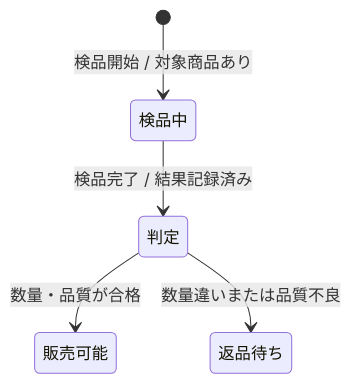
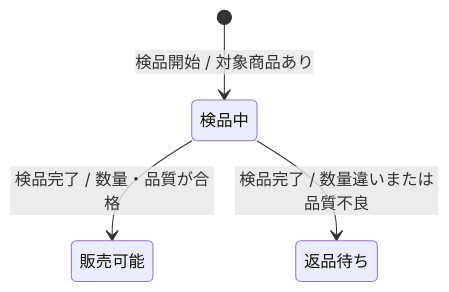
One commit to specdojo/specdojo changed the second of 3 diagrams in docs/ja/specdojo/rulebooks/stsd-mermaid-rulebook.md. Above: the diagram before and after it, drawn with Mermaid. The commit also changed other lines of this file and 12 other files, not shown here.

````diff
--- a/docs/ja/specdojo/rulebooks/stsd-mermaid-rulebook.md
+++ b/docs/ja/specdojo/rulebooks/stsd-mermaid-rulebook.md
@@ -111,8 +108,6 @@
 ```mermaid
 stateDiagram-v2
   [*] --> 検品中 : 検品開始 / 対象商品あり
-  検品中 --> 判定 : 検品完了 / 結果記録済み
-  state 判定 <<choice>>
-  判定 --> 販売可能 : 数量・品質が合格
-  判定 --> 返品待ち : 数量違いまたは品質不良
+  検品中 --> 販売可能 : 検品完了 / 数量・品質が合格
+  検品中 --> 返品待ち : 検品完了 / 数量違いまたは品質不良
 ```
````
